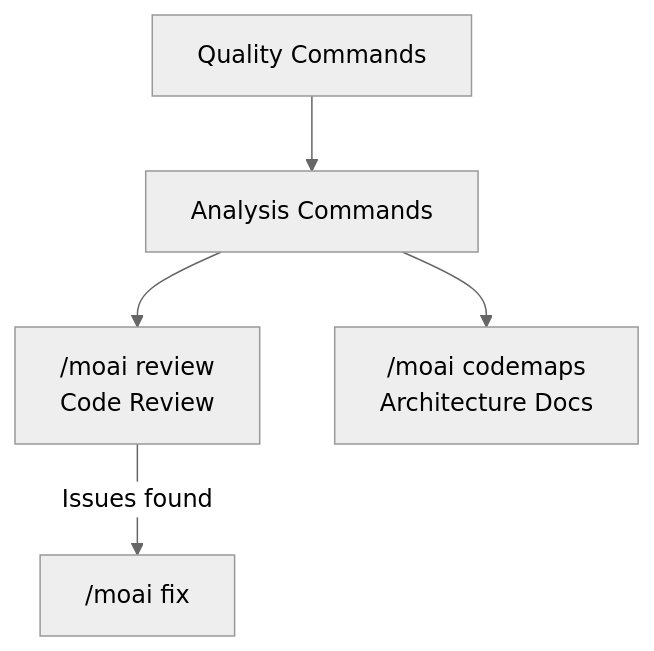
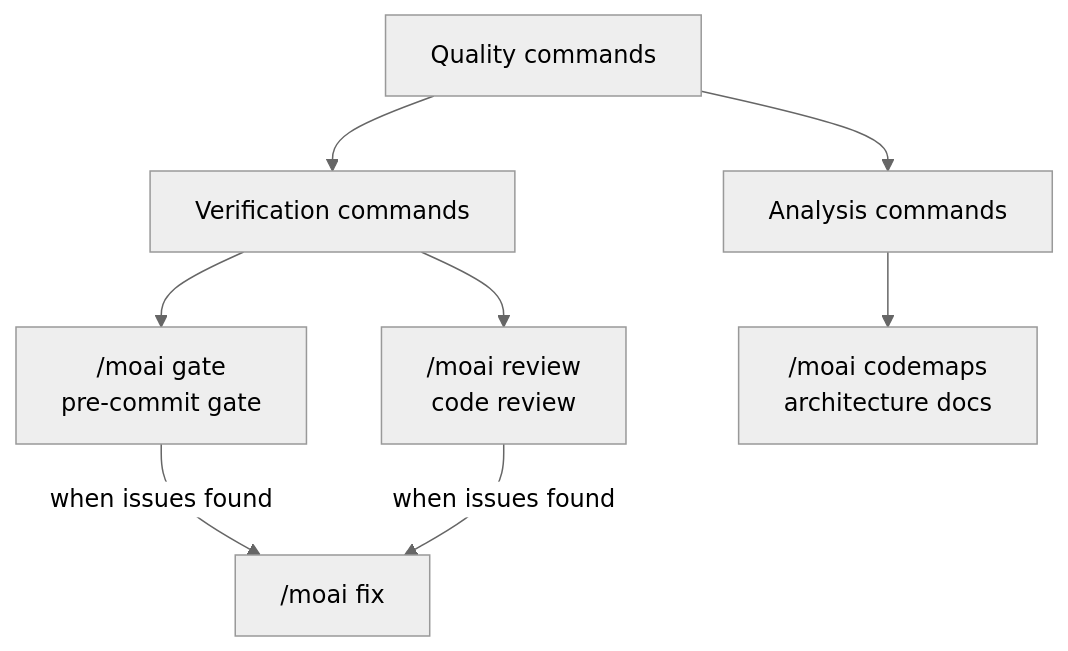
The diagram in docs-site/content/en/quality-commands/_index.md (modu-ai/moai-adk), drawn with Mermaid (neutral theme) before and after one commit. The commit also changed other lines of this file and 395 other files, not shown here.

````diff
--- a/docs-site/content/en/quality-commands/_index.md
+++ b/docs-site/content/en/quality-commands/_index.md
@@ -22,9 +27,12 @@
 ```mermaid
 flowchart TD
-    A[Quality Commands] --> B[Analysis Commands]
+    A[Quality commands] --> B[Verification commands]
+    A --> C[Analysis commands]
 
-    B --> D["/moai review<br/>Code Review"]
-    B --> E["/moai codemaps<br/>Architecture Docs"]
+    B --> G["/moai gate<br/>pre-commit gate"]
+    B --> D["/moai review<br/>code review"]
+    C --> E["/moai codemaps<br/>architecture docs"]
 
-    D -->|Issues found| H["/moai fix"]
+    G -->|when issues found| H["/moai fix"]
+    D -->|when issues found| H
 ```
````
